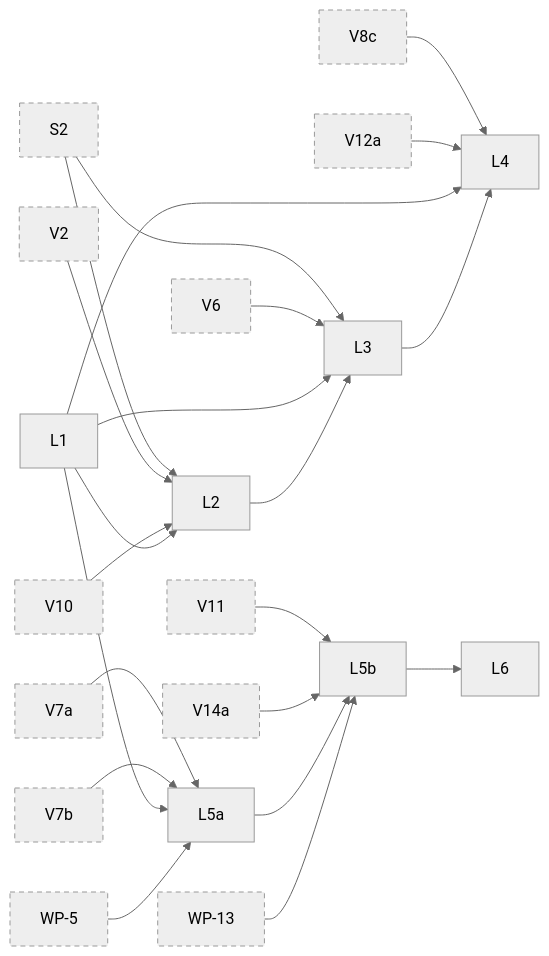
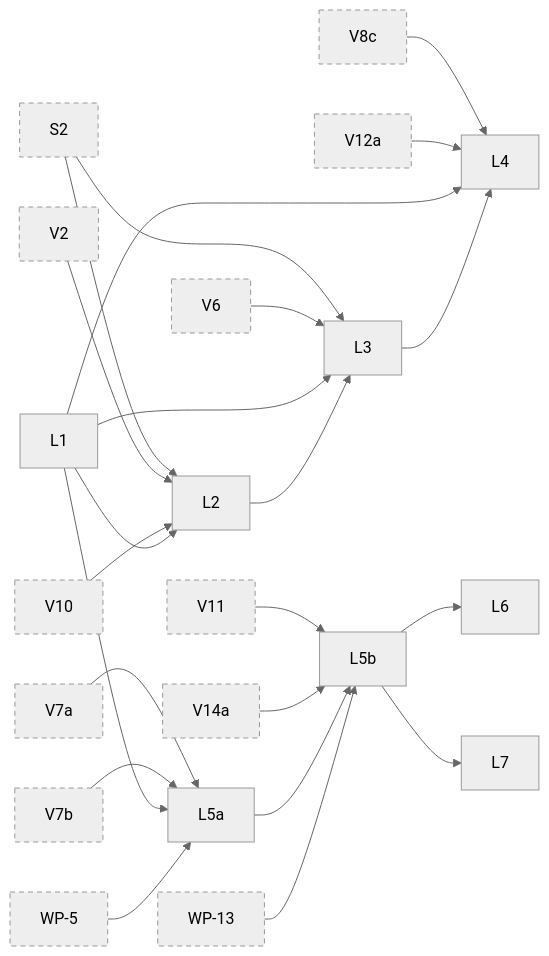
The fifth of 11 diagrams in docs/superpowers/plans/2026-10-13-phase-2/dependencies.md (jhoblitt/rgw-go), drawn with Mermaid (neutral theme) before and after one commit. The commit also changed other lines of this file and 2 other files, not shown here.

Commit message:
docs(plan): ship L6 in L5b (a) and add task L7
Before L5b (a), every rgw-go write to an object-lock bucket answered
501, so (a) is what lets a writer create the version it then locks
through PutObjectRetention or PutObjectLegalHold, whose ACL check
passes the object's owner. L6 therefore ships in (a)'s PR, widened to
the governance bypass, which lets the same writer shorten a default
GOVERNANCE retention or lift the bucket owner's legal hold.

L7 sets the object-lock condition keys, which radosgw never sets, so a
guardrail Deny on the mode or the period no longer fails open. WP-26's
refusal of an unknown crypt mode lands early in WP-27, since completing
a GCM upload today leaves an object no gateway can read.

````diff
--- a/docs/superpowers/plans/2026-10-13-phase-2/dependencies.md
+++ b/docs/superpowers/plans/2026-10-13-phase-2/dependencies.md
@@ -353,63 +353,66 @@
 ```mermaid
 flowchart LR
   t_L1["L1"]
   t_L2["L2"]
   t_L3["L3"]
   t_L4["L4"]
   t_L5a["L5a"]
   t_L5b["L5b"]
   t_L6["L6"]
+  t_L7["L7"]
   t_S2["S2"]:::ext
   t_V2["V2"]:::ext
   t_V6["V6"]:::ext
   t_V7a["V7a"]:::ext
   t_V7b["V7b"]:::ext
   t_V8c["V8c"]:::ext
   t_V10["V10"]:::ext
   t_V11["V11"]:::ext
   t_V12a["V12a"]:::ext
   t_V14a["V14a"]:::ext
   t_WP_5["WP-5"]:::ext
   t_WP_13["WP-13"]:::ext
   t_S2 --> t_L2
   t_V2 --> t_L2
   t_V10 --> t_L2
   t_L1 --> t_L2
   t_S2 --> t_L3
   t_V6 --> t_L3
   t_L1 --> t_L3
   t_L2 --> t_L3
   t_V8c --> t_L4
   t_V12a --> t_L4
   t_L1 --> t_L4
   t_L3 --> t_L4
   t_V7a --> t_L5a
   t_V7b --> t_L5a
   t_L1 --> t_L5a
   t_WP_5 --> t_L5a
   t_V11 --> t_L5b
   t_V14a --> t_L5b
   t_L5a --> t_L5b
   t_WP_13 --> t_L5b
   t_L5b --> t_L6
+  t_L5b --> t_L7
   click t_L1 href "https://github.com/jhoblitt/rgw-go/blob/main/docs/superpowers/plans/2026-10-13-phase-2/L-object-lock.md#task-l1-object-lock-types-xml-dates-and-evaluation" "L1: object-lock types, XML, dates and evaluation"
   click t_L2 href "https://github.com/jhoblitt/rgw-go/blob/main/docs/superpowers/plans/2026-10-13-phase-2/L-object-lock.md#task-l2-bucket-object-lock-configuration-and-createbucket-with-lock" "L2: bucket object-lock configuration, and CreateBucket with lock"
   click t_L3 href "https://github.com/jhoblitt/rgw-go/blob/main/docs/superpowers/plans/2026-10-13-phase-2/L-object-lock.md#task-l3-object-retention-and-legal-hold" "L3: object retention and legal hold"
   click t_L4 href "https://github.com/jhoblitt/rgw-go/blob/main/docs/superpowers/plans/2026-10-13-phase-2/L-object-lock.md#task-l4-delete-enforcement" "L4: delete enforcement"
   click t_L5a href "https://github.com/jhoblitt/rgw-go/blob/main/docs/superpowers/plans/2026-10-13-phase-2/L-object-lock.md#task-l5a-the-lock-on-the-write-path-driver" "L5a: the lock on the write path, driver"
   click t_L5b href "https://github.com/jhoblitt/rgw-go/blob/main/docs/superpowers/plans/2026-10-13-phase-2/L-object-lock.md#task-l5b-the-lock-headers-op-and-s3" "L5b: the lock headers, op and S3"
   click t_L6 href "https://github.com/jhoblitt/rgw-go/blob/main/docs/superpowers/plans/2026-10-13-phase-2/L-object-lock.md#task-l6-the-retention-and-legal-hold-ops-authorize-as-the-lock-headers-do" "L6: the retention and legal-hold ops authorize as the lock headers do"
+  click t_L7 href "https://github.com/jhoblitt/rgw-go/blob/main/docs/superpowers/plans/2026-10-13-phase-2/L-object-lock.md#task-l7-a-policys-object-lock-condition-keys-constrain-the-lock-a-request-sets" "L7: a policy's object-lock condition keys constrain the lock a request sets"
   click t_S2 href "https://github.com/jhoblitt/rgw-go/blob/main/docs/superpowers/plans/2026-10-13-phase-2/00-index.md#task-s2-route-sets-per-feature-and-the-env-slots" "S2: route sets per feature and the Env slots"
   click t_V2 href "https://github.com/jhoblitt/rgw-go/blob/main/docs/superpowers/plans/2026-10-13-phase-2/V-versioning.md#task-v2-meta-olh-head-types-and-bucket-helpers" "V2: meta OLH head types and bucket helpers"
   click t_V6 href "https://github.com/jhoblitt/rgw-go/blob/main/docs/superpowers/plans/2026-10-13-phase-2/V-versioning.md#task-v6-driver-reads-follow-the-olh-attrs-on-a-version" "V6: driver, reads follow the OLH; attrs on a version"
   click t_V7a href "https://github.com/jhoblitt/rgw-go/blob/main/docs/superpowers/plans/2026-10-13-phase-2/V-versioning.md#task-v7a-driver-versioned-putobject" "V7a: driver, versioned PutObject"
   click t_V7b href "https://github.com/jhoblitt/rgw-go/blob/main/docs/superpowers/plans/2026-10-13-phase-2/V-versioning.md#task-v7b-driver-versioned-copyobject-and-completemultipartupload" "V7b: driver, versioned CopyObject and CompleteMultipartUpload"
   click t_V8c href "https://github.com/jhoblitt/rgw-go/blob/main/docs/superpowers/plans/2026-10-13-phase-2/V-versioning.md#task-v8c-driver-deleteparamsexpect" "V8c: driver, `DeleteParams.Expect`"
   click t_V10 href "https://github.com/jhoblitt/rgw-go/blob/main/docs/superpowers/plans/2026-10-13-phase-2/V-versioning.md#task-v10-op-and-s3-putbucketversioning-and-getbucketversioning" "V10: op and s3, PutBucketVersioning and GetBucketVersioning"
   click t_V11 href "https://github.com/jhoblitt/rgw-go/blob/main/docs/superpowers/plans/2026-10-13-phase-2/V-versioning.md#task-v11-op-and-s3-versioned-writes" "V11: op and s3, versioned writes"
   click t_V12a href "https://github.com/jhoblitt/rgw-go/blob/main/docs/superpowers/plans/2026-10-13-phase-2/V-versioning.md#task-v12a-op-and-s3-versioned-deleteobject-and-deleteobjects" "V12a: op and s3, versioned DeleteObject and DeleteObjects"
   click t_V14a href "https://github.com/jhoblitt/rgw-go/blob/main/docs/superpowers/plans/2026-10-13-phase-2/V-versioning.md#task-v14a-op-and-s3-versioned-reads" "V14a: op and s3, versioned reads"
   click t_WP_5 href "https://github.com/jhoblitt/rgw-go/blob/main/docs/superpowers/plans/2026-10-13-phase-2/WP-write-path.md#task-wp-5-the-checksum-contract-on-the-op-and-store-seams" "WP-5: the checksum contract on the op and store seams"
   click t_WP_13 href "https://github.com/jhoblitt/rgw-go/blob/main/docs/superpowers/plans/2026-10-13-phase-2/WP-write-path.md#task-wp-13-checksum-rendering-on-reads" "WP-13: checksum rendering on reads"
   classDef ext stroke-dasharray: 5 4
 ```
````
